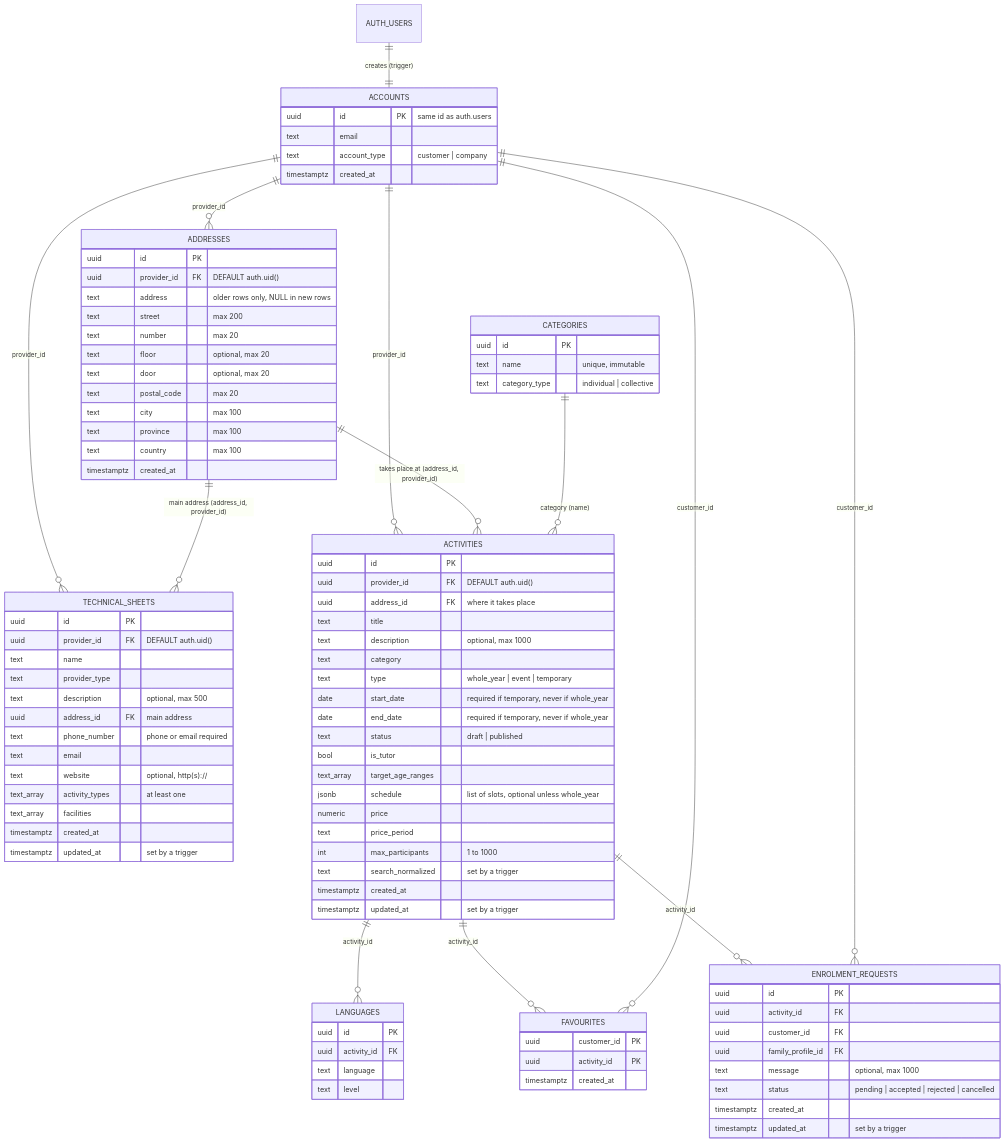
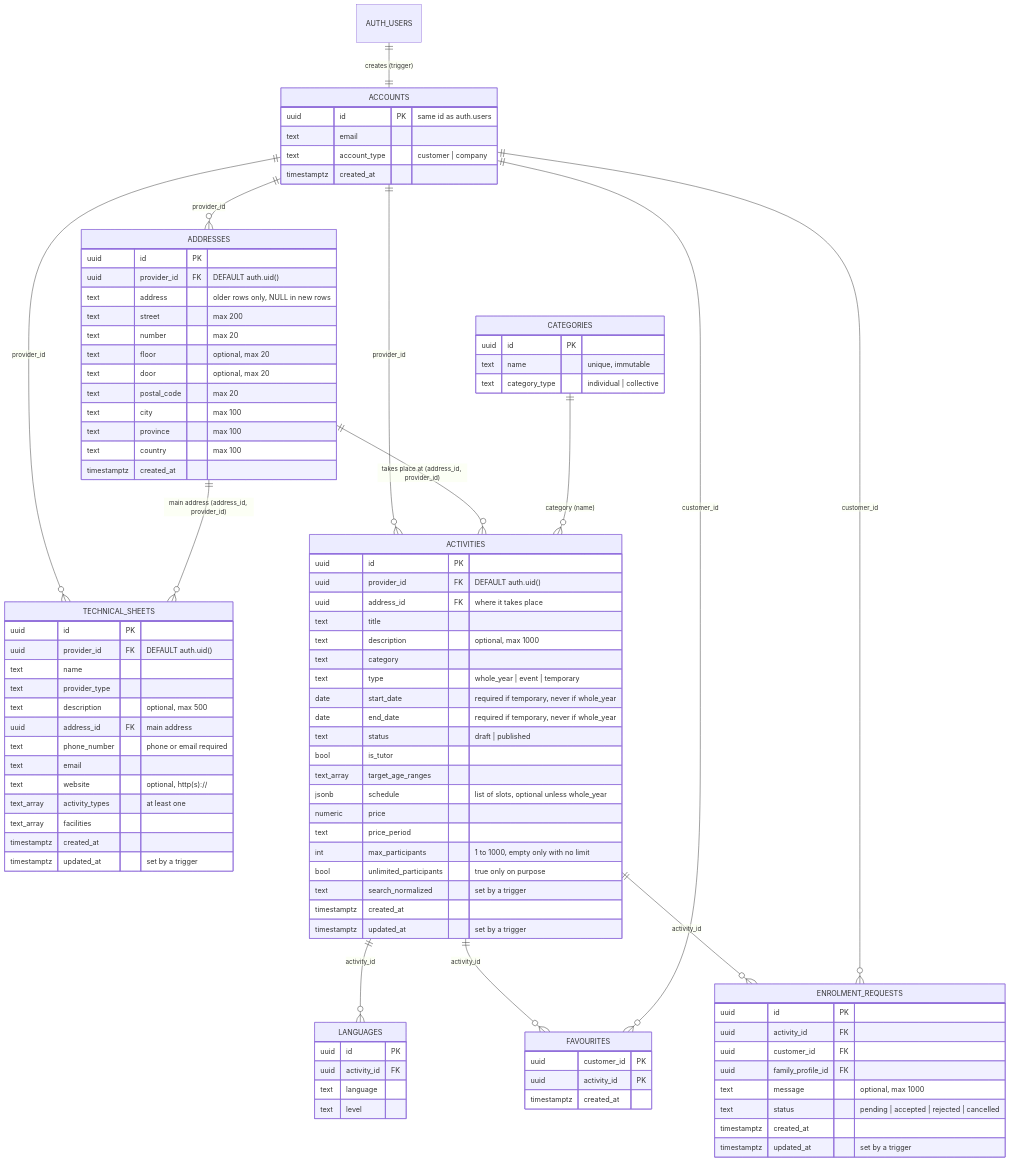
Before and after one commit to ednasolans/AfterBell: the first of 2 diagrams in docs/decisions/database.md, drawn with Mermaid. The commit also changed other lines of this file and 3 other files, not shown here.

```diff
--- a/docs/decisions/database.md
+++ b/docs/decisions/database.md
@@ -88,7 +88,8 @@
         jsonb schedule "list of slots, optional unless whole_year"
         numeric price
         text price_period
-        int max_participants "1 to 1000"
+        int max_participants "1 to 1000, empty only with no limit"
+        bool unlimited_participants "true only on purpose"
         text search_normalized "set by a trigger"
         timestamptz created_at
         timestamptz updated_at "set by a trigger"
```
